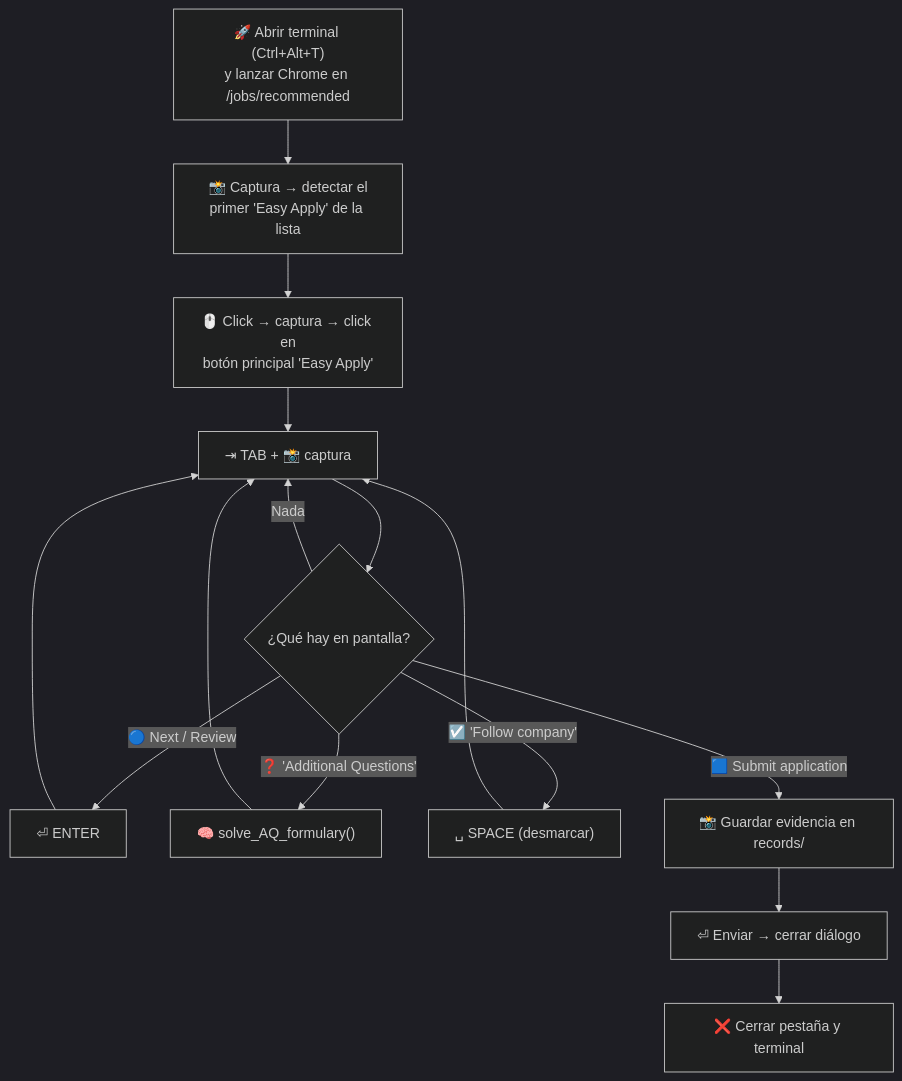
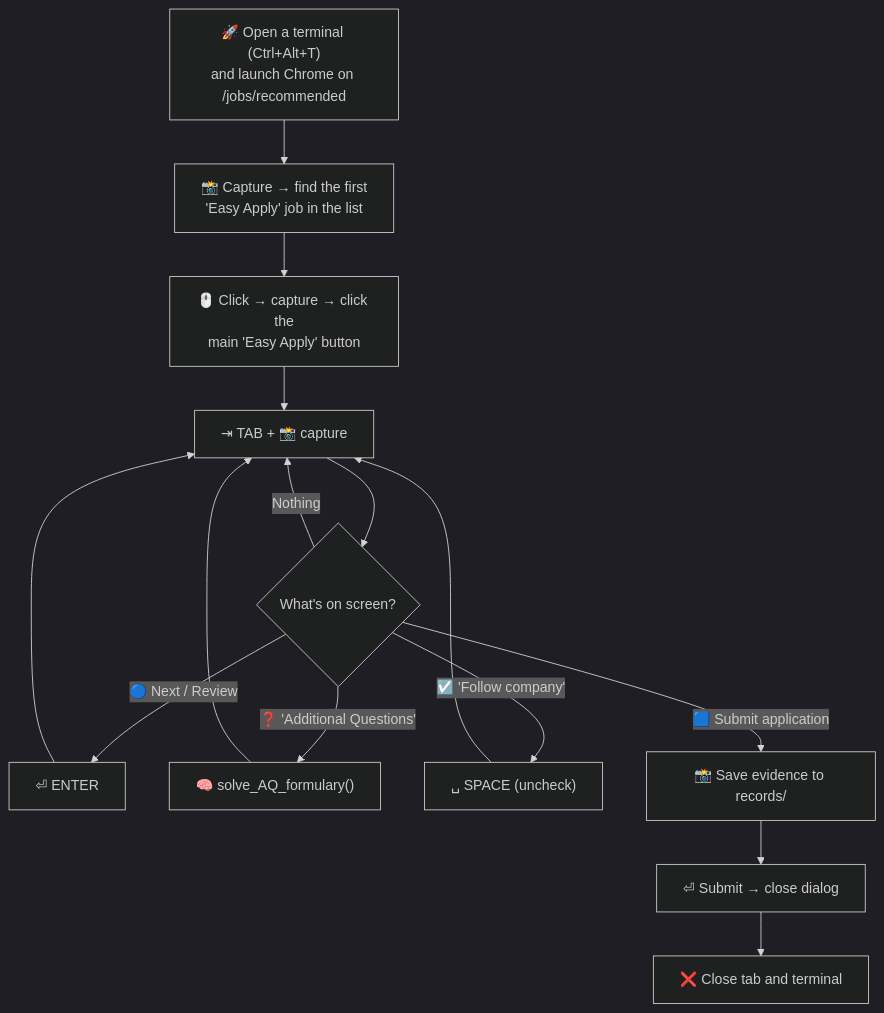
One commit to satoshinakamoto137/Ln_agents_pub changed the second of 2 diagrams in README.md. Above: the diagram before and after it, drawn with Mermaid (dark theme). The commit also changed other lines of this file, not shown here.

````diff
--- a/README.md
+++ b/README.md
@@ -90,14 +90,14 @@
 ```mermaid
 flowchart TD
-    A["🚀 Abrir terminal (Ctrl+Alt+T)<br/>y lanzar Chrome en /jobs/recommended"] --> B["📸 Captura → detectar el<br/>primer 'Easy Apply' de la lista"]
-    B --> C["🖱️ Click → captura → click en<br/>botón principal 'Easy Apply'"]
-    C --> D["⇥ TAB + 📸 captura"]
-    D --> E{"¿Qué hay en pantalla?"}
+    A["🚀 Open a terminal (Ctrl+Alt+T)<br/>and launch Chrome on /jobs/recommended"] --> B["📸 Capture → find the first<br/>'Easy Apply' job in the list"]
+    B --> C["🖱️ Click → capture → click the<br/>main 'Easy Apply' button"]
+    C --> D["⇥ TAB + 📸 capture"]
+    D --> E{"What's on screen?"}
     E -->|"🔵 Next / Review"| F["⏎ ENTER"] --> D
     E -->|"❓ 'Additional Questions'"| G["🧠 solve_AQ_formulary()"] --> D
-    E -->|"☑️ 'Follow company'"| H["␣ SPACE (desmarcar)"] --> D
-    E -->|"Nada"| D
-    E -->|"🟦 Submit application"| I["📸 Guardar evidencia en records/"]
-    I --> J["⏎ Enviar → cerrar diálogo"]
-    J --> K["❌ Cerrar pestaña y terminal"]
+    E -->|"☑️ 'Follow company'"| H["␣ SPACE (uncheck)"] --> D
+    E -->|"Nothing"| D
+    E -->|"🟦 Submit application"| I["📸 Save evidence to records/"]
+    I --> J["⏎ Submit → close dialog"]
+    J --> K["❌ Close tab and terminal"]
 ```
````
